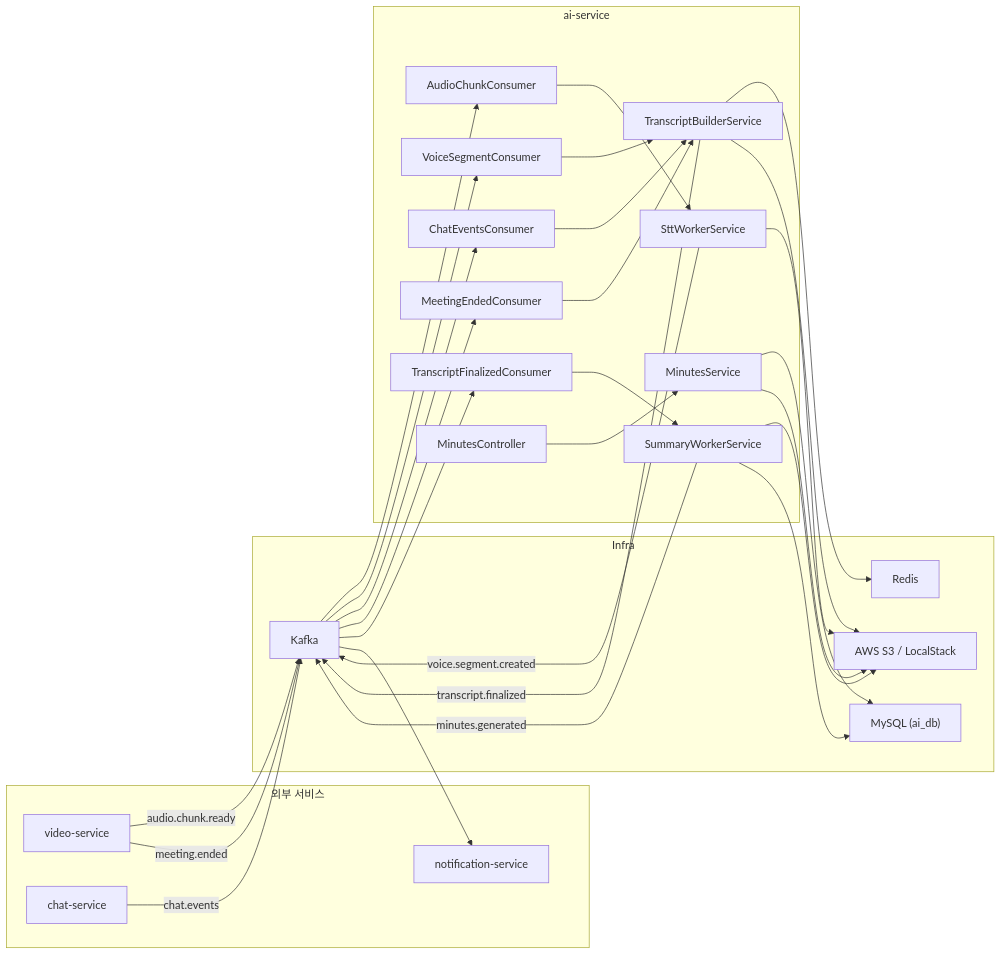
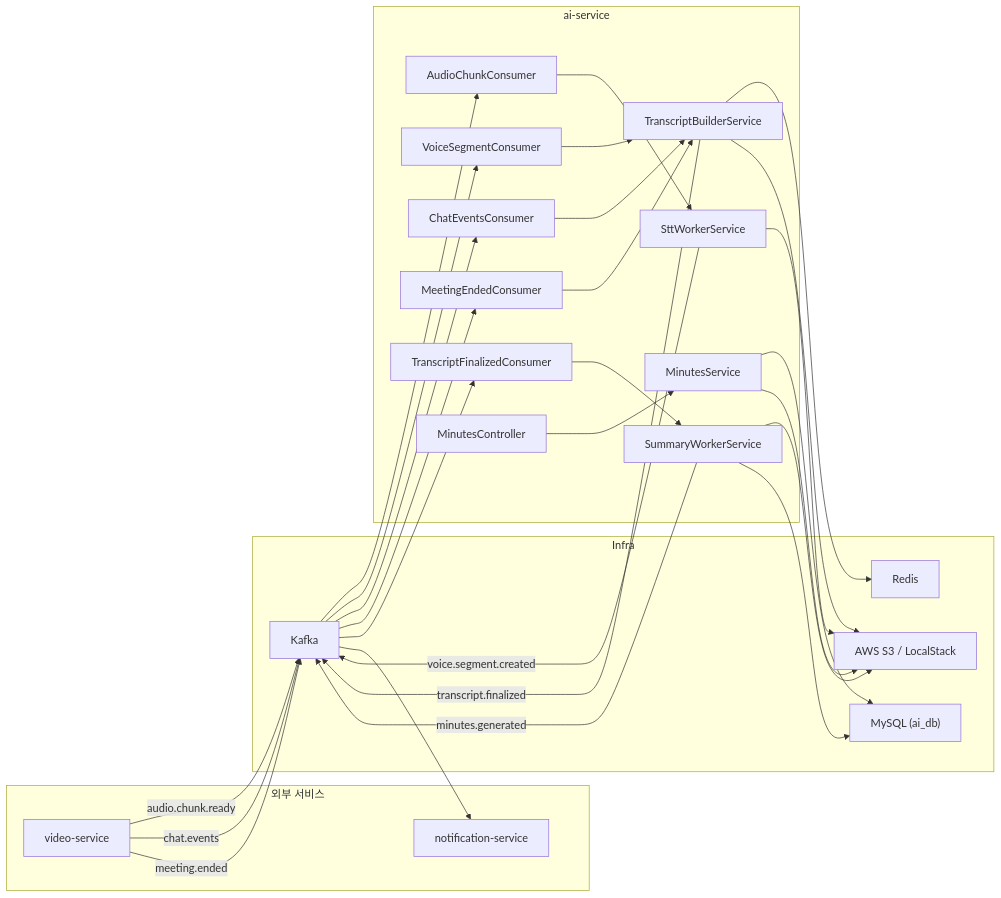
One commit to evencoding/onmeet-backend changed the diagram in ai-service/docs/ai-service-spec.md. Above: the diagram before and after it, drawn with Mermaid. The commit also changed other lines of this file, not shown here.

Commit message:
docs(ai-service) : ai-service 명세서에서 chat-service 참조를 video-service로 변경

````diff
--- a/ai-service/docs/ai-service-spec.md
+++ b/ai-service/docs/ai-service-spec.md
@@ -11,46 +11,45 @@
 ```mermaid
 flowchart LR
     subgraph 외부 서비스
         VS["video-service"]
-        CS["chat-service"]
         NS["notification-service"]
     end
 
     subgraph Infra
         K["Kafka"]
         S3["AWS S3 / LocalStack"]
         RD["Redis"]
         DB["MySQL (ai_db)"]
     end
 
     subgraph ai-service
         AC["AudioChunkConsumer"]
         CC["ChatEventsConsumer"]
         MC["MeetingEndedConsumer"]
         VC["VoiceSegmentConsumer"]
         TC["TranscriptFinalizedConsumer"]
 
         STT["SttWorkerService"]
         TB["TranscriptBuilderService"]
         SW["SummaryWorkerService"]
         MS["MinutesService"]
         CTRL["MinutesController"]
     end
 
     VS -->|audio.chunk.ready| K --> AC --> STT
     STT -->|voice.segment.created| K --> VC --> TB
-    CS -->|chat.events| K --> CC --> TB
+    VS -->|chat.events| K --> CC --> TB
     VS -->|meeting.ended| K --> MC --> TB
     TB -->|transcript.finalized| K --> TC --> SW
     SW -->|minutes.generated| K --> NS
 
     STT --> S3
     TB --> RD
     TB --> S3
     SW --> S3
     SW --> DB
     MS --> DB
     MS --> S3
 
     CTRL --> MS
 ```
````
